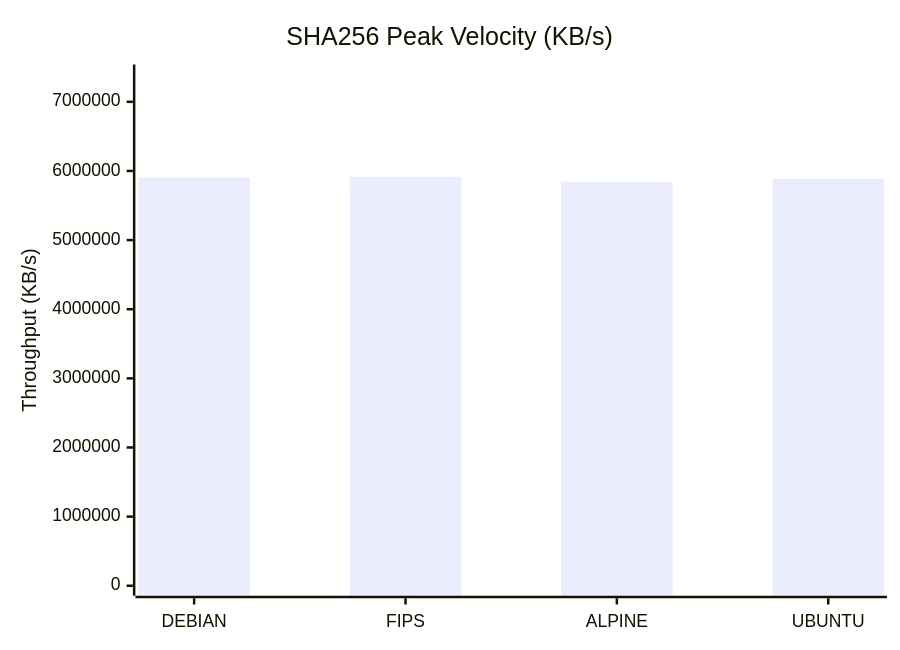
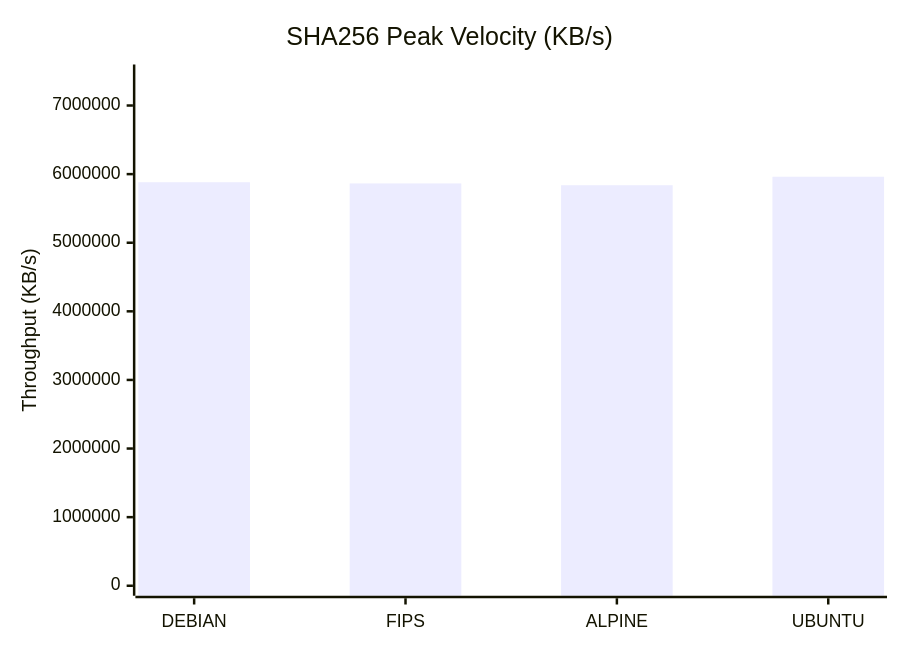
Before and after one commit to taha2samy/openssl_fips: the second of 9 diagrams in docs/Comparison_Report.md, drawn with Mermaid. The commit also changed other lines of this file and 3 other files, not shown here.

````diff
--- a/docs/Comparison_Report.md
+++ b/docs/Comparison_Report.md
@@ -65,7 +65,7 @@
 ```mermaid
 xychart-beta
     title "SHA256 Peak Velocity (KB/s)"
     x-axis [DEBIAN, FIPS, ALPINE, UBUNTU]
-    y-axis "Throughput (KB/s)" 0 --> 7395225
-    bar [5903900.67, 5916180.48, 5844140.03, 5886828.54]
+    y-axis "Throughput (KB/s)" 0 --> 7452088
+    bar [5881683.97, 5864628.22, 5837881.34, 5961670.66]
 ```
````
